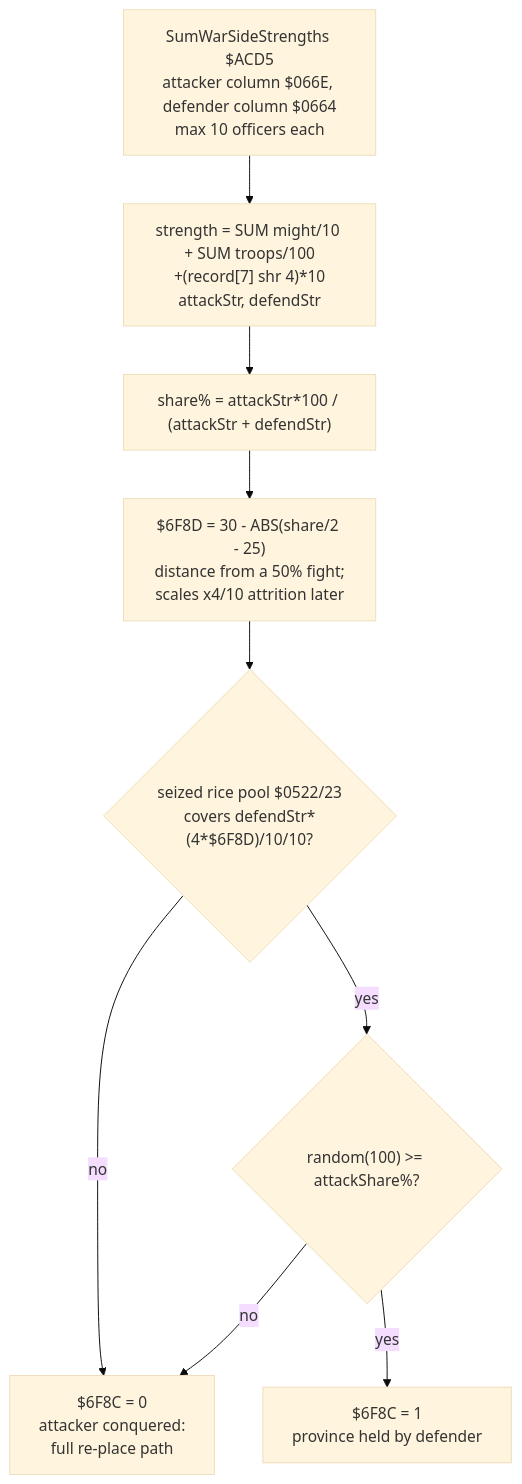
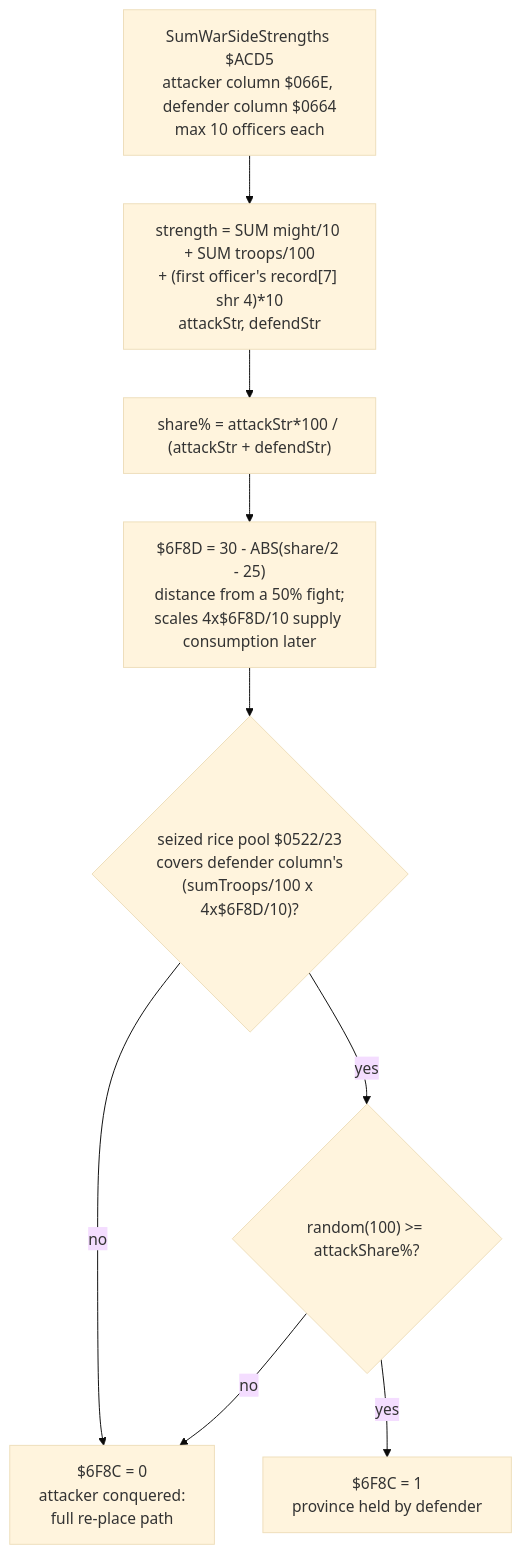
The fifth of 7 diagrams in code/ai_vs_ai_war_resolution.md (rabbyzero/sango2dasm), drawn with Mermaid (base theme) before and after one commit. The commit also changed other lines of this file and 27 other files, not shown here.

````diff
--- a/code/ai_vs_ai_war_resolution.md
+++ b/code/ai_vs_ai_war_resolution.md
@@ -167,11 +170,11 @@
 ```mermaid
 flowchart TD
-    SUM["SumWarSideStrengths $ACD5<br/>attacker column $066E, defender column $0664<br/>max 10 officers each"] --> IDX["strength = SUM might/10 + SUM troops/100<br/>+(record[7] shr 4)*10<br/>attackStr, defendStr"]
+    SUM["SumWarSideStrengths $ACD5<br/>attacker column $066E, defender column $0664<br/>max 10 officers each"] --> IDX["strength = SUM might/10 + SUM troops/100<br/>+ (first officer's record[7] shr 4)*10<br/>attackStr, defendStr"]
     IDX --> SHARE["share% = attackStr*100 / (attackStr + defendStr)"]
-    SHARE --> ADJ["$6F8D = 30 - ABS(share/2 - 25)<br/>distance from a 50% fight;<br/>scales x4/10 attrition later"]
-    ADJ --> RICE{"seized rice pool $0522/23<br/>covers defendStr*(4*$6F8D)/10/10?"}
+    SHARE --> ADJ["$6F8D = 30 - ABS(share/2 - 25)<br/>distance from a 50% fight;<br/>scales 4x$6F8D/10 supply consumption later"]
+    ADJ --> RICE{"seized rice pool $0522/23<br/>covers defender column's<br/>(sumTroops/100 x 4x$6F8D/10)?"}
     RICE -- "no" --> C0["$6F8C = 0<br/>attacker conquered:<br/>full re-place path"]
     RICE -- "yes" --> ROLL{"random(100) >= attackShare%?"}
     ROLL -- "yes" --> C1["$6F8C = 1<br/>province held by defender"]
     ROLL -- "no" --> C0
 ```
````
